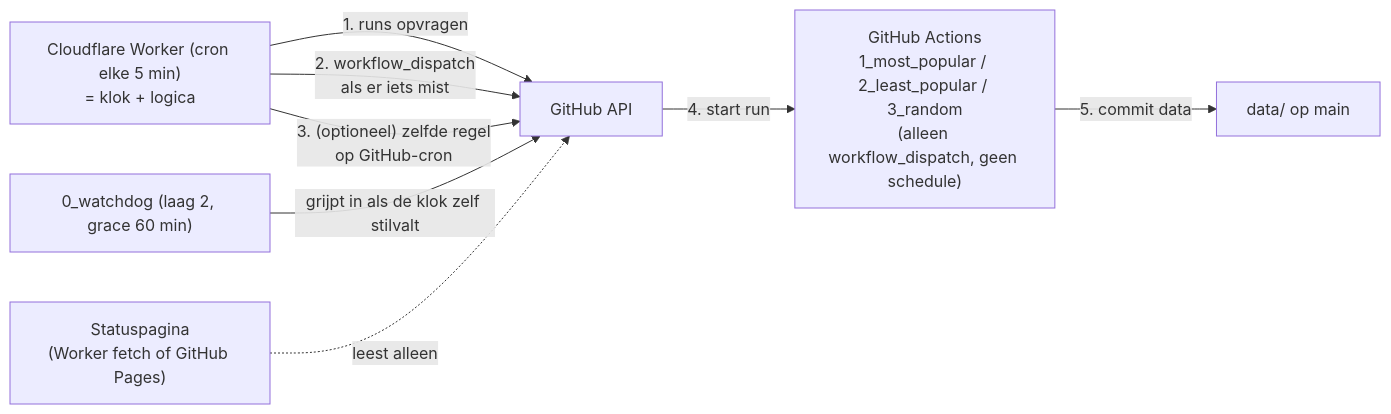
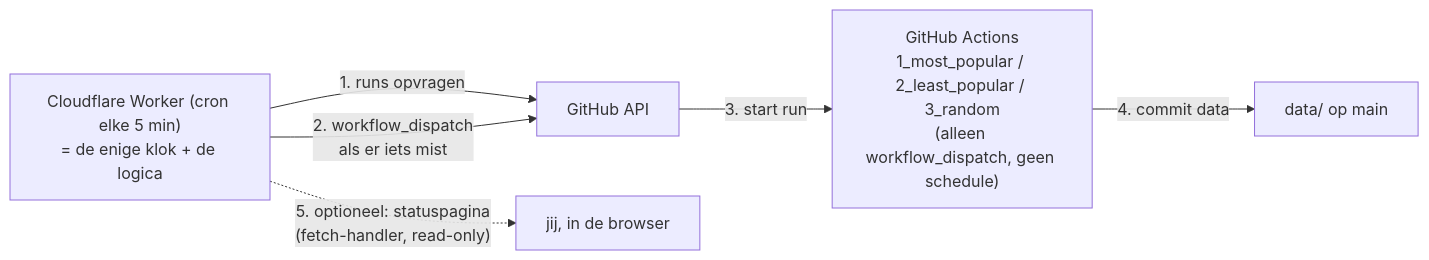
Before and after one commit to Yookiop/SteamDataOfficial: the diagram in docs/schedule-orchestratie.md, drawn with Mermaid. The commit also changed other lines of this file and 6 other files, not shown here.

Commit message:
workflows: geen github-crons meer (schedule uit de 3 jobs, watchdog verwijderd) + README en schedule-orchestratie-doc bijgewerkt

````diff
--- a/docs/schedule-orchestratie.md
+++ b/docs/schedule-orchestratie.md
@@ -178,10 +183,8 @@
 ```mermaid
 flowchart LR
-  CF["Cloudflare Worker (cron elke 5 min)\n= klok + logica"] -->|"1. runs opvragen"| GHAPI["GitHub API"]
+  CF["Cloudflare Worker (cron elke 5 min)\n= de enige klok + de logica"] -->|"1. runs opvragen"| GHAPI["GitHub API"]
   CF -->|"2. workflow_dispatch\nals er iets mist"| GHAPI
-  CF -->|"3. (optioneel) zelfde regel\nop GitHub-cron"| GHAPI
-  GHAPI -->|"4. start run"| WF["GitHub Actions\n1_most_popular / 2_least_popular / 3_random\n(alleen workflow_dispatch, geen schedule)"]
-  WF -->|"5. commit data"| REPO["data/ op main"]
-  WD["0_watchdog (laag 2, grace 60 min)"] -->|"grijpt in als de klok zelf stilvalt"| GHAPI
-  PAGES["Statuspagina\n(Worker fetch of GitHub Pages)"] -.->|"leest alleen"| GHAPI
+  GHAPI -->|"3. start run"| WF["GitHub Actions\n1_most_popular / 2_least_popular / 3_random\n(alleen workflow_dispatch, geen schedule)"]
+  WF -->|"4. commit data"| REPO["data/ op main"]
+  CF -.->|"5. optioneel: statuspagina\n(fetch-handler, read-only)"| BROWSER["jij, in de browser"]
 ```
````
